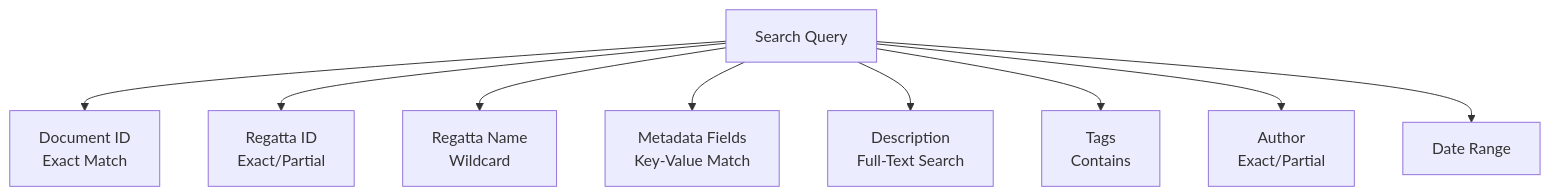
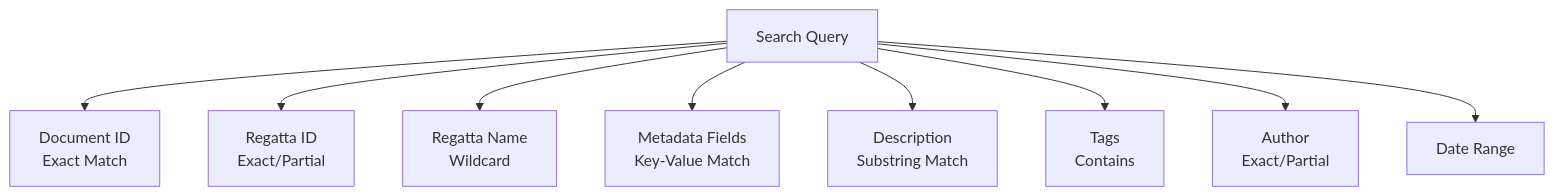
The fifth of 11 diagrams in SPECIFICATION.md (sdybiec/Race-Results-Repository), drawn with Mermaid before and after one commit. The commit also changed other lines of this file and 1 other file, not shown here.

````diff
--- a/SPECIFICATION.md
+++ b/SPECIFICATION.md
@@ -343,12 +343,12 @@
 ```mermaid
 graph TD
     SEARCH[Search Query]
     SEARCH --> ID[Document ID<br/>Exact Match]
     SEARCH --> REGATTA_ID[Regatta ID<br/>Exact/Partial]
     SEARCH --> REGATTA_NAME[Regatta Name<br/>Wildcard]
     SEARCH --> META[Metadata Fields<br/>Key-Value Match]
-    SEARCH --> DESC[Description<br/>Full-Text Search]
+    SEARCH --> DESC[Description<br/>Substring Match]
     SEARCH --> TAGS[Tags<br/>Contains]
     SEARCH --> AUTHOR[Author<br/>Exact/Partial]
     SEARCH --> DATE[Date Range]
 ```
````
